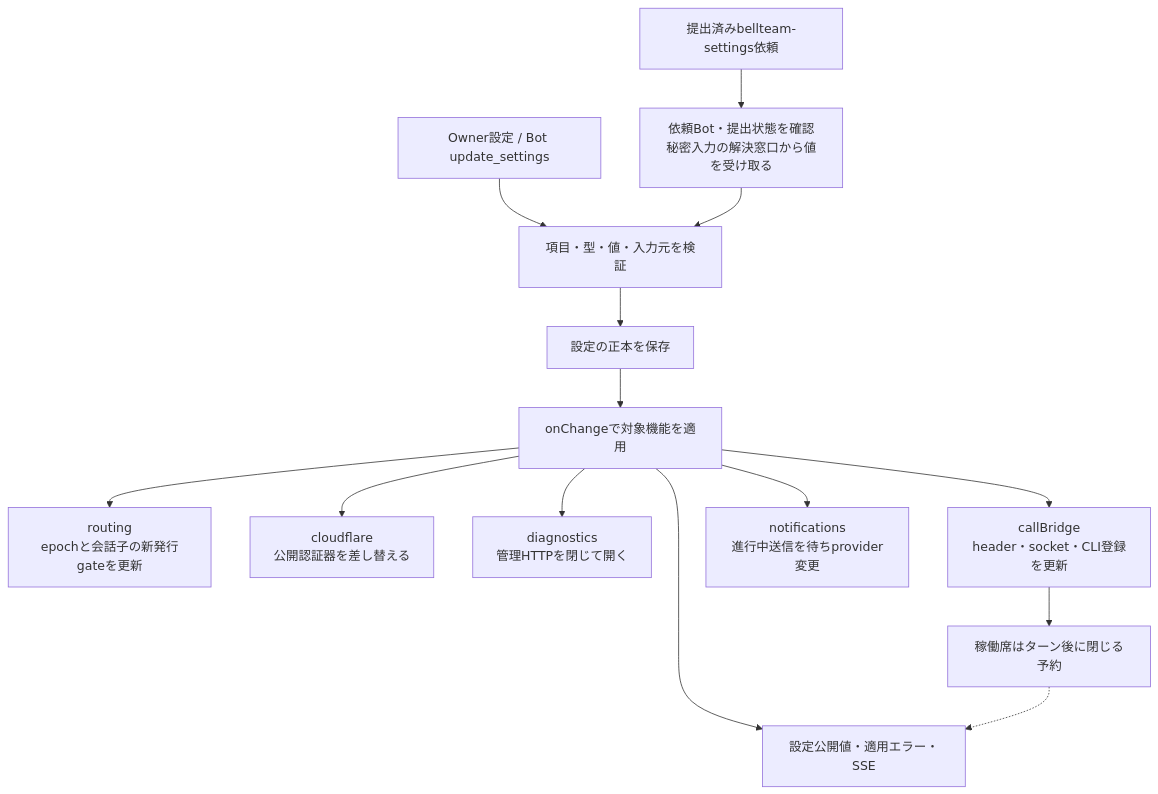
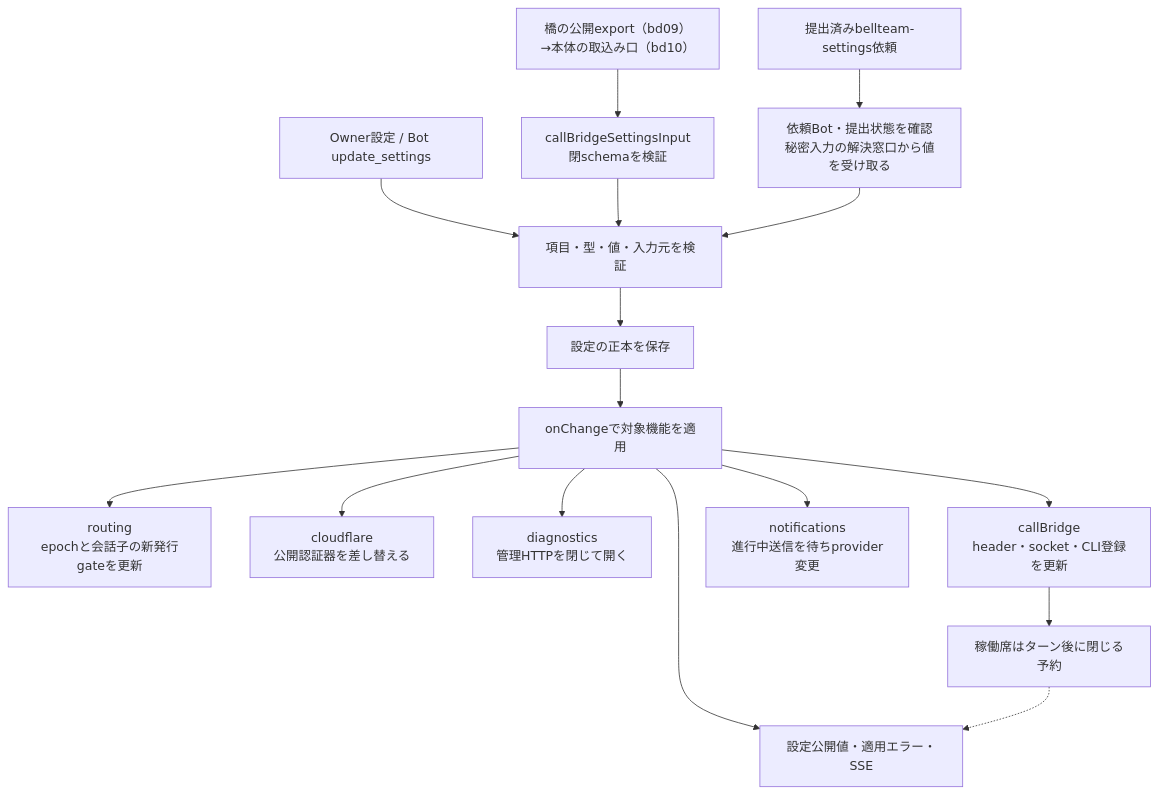
One commit to kitepon/BellTeam changed the fourth of 5 diagrams in docs/architecture/modules/usage/flows.md. Above: the diagram before and after it, drawn with Mermaid. The commit also changed other lines of this file and 2 other files, not shown here.

Commit message:
Import the call-bridge connection export into callBridge settings
bd11 (agreed with Molly): callBridgeSettingsInput turns Bridge's
call-bridge.connection.v1 export (bd09) into the live FeatureSettings.update
input. The body's stdin entry and the retirement of prepare-call-bridge.mjs
are Molly's bd10.

````diff
--- a/docs/architecture/modules/usage/flows.md
+++ b/docs/architecture/modules/usage/flows.md
@@ -106,16 +106,18 @@
 ```mermaid
 flowchart TD
-  Input["Owner設定 / Bot update_settings"] --> Validate["項目・型・値・入力元を検証"]
+  Input["Owner設定 / Bot update_settings"] --> Validate
+  Export["橋の公開export（bd09）→本体の取込み口（bd10）"] --> Import["callBridgeSettingsInput<br/>閉schemaを検証"]
+  Import --> Validate["項目・型・値・入力元を検証"]
   Secret["提出済みbellteam-settings依頼"] --> Read["依頼Bot・提出状態を確認<br/>秘密入力の解決窓口から値を受け取る"]
   Read --> Validate
   Validate --> Save["設定の正本を保存"]
   Save --> Apply["onChangeで対象機能を適用"]
   Apply --> Route["routing<br/>epochと会話子の新発行gateを更新"]
   Apply --> CF["cloudflare<br/>公開認証器を差し替える"]
   Apply --> Diag["diagnostics<br/>管理HTTPを閉じて開く"]
   Apply --> Call["callBridge<br/>header・socket・CLI登録を更新"]
   Apply --> Push["notifications<br/>進行中送信を待ちprovider変更"]
   Call --> Pending["稼働席はターン後に閉じる予約"]
   Apply --> View["設定公開値・適用エラー・SSE"]
   Pending -.-> View
 ```
````
